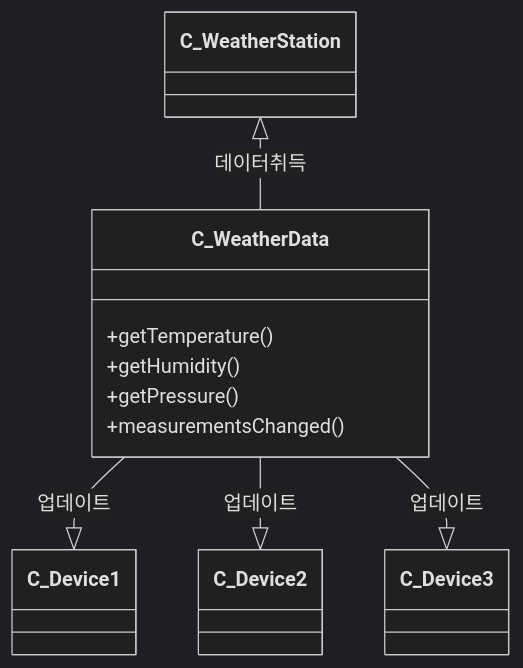
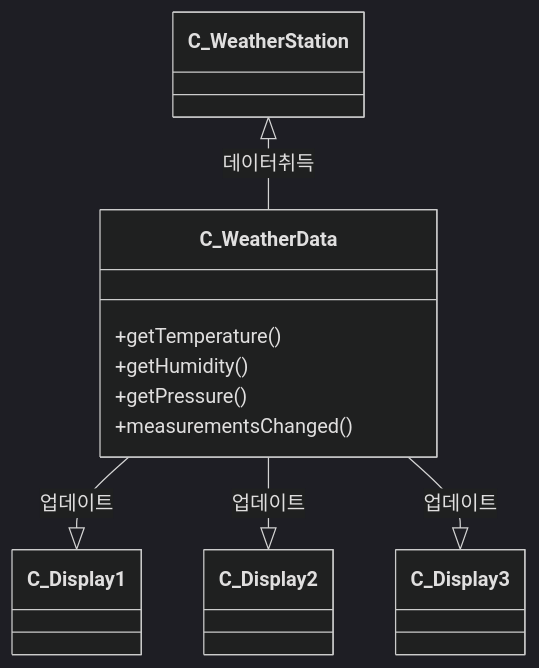
The first of 2 diagrams in src/main/정리/2_ObserverPattern.md (changja88/DesignPattern), drawn with Mermaid (dark theme) before and after one commit. The commit also changed other lines of this file and 12 other files, not shown here.

````diff
--- a/src/main/정리/2_ObserverPattern.md
+++ b/src/main/정리/2_ObserverPattern.md
@@ -4,19 +5,19 @@
 ```mermaid
 classDiagram
 class C_WeatherStation
 class C_WeatherData{
 +getTemperature()
 +getHumidity()
 +getPressure()
 +measurementsChanged()
 }
-class C_Device1
-class C_Device2
-class C_Device3
+class C_Display1
+class C_Display2
+class C_Display3
 
 C_WeatherStation <|-- C_WeatherData : 데이터취득
-C_WeatherData --|> C_Device1 : 업데이트
-C_WeatherData --|> C_Device2 : 업데이트
-C_WeatherData --|> C_Device3 : 업데이트
+C_WeatherData --|> C_Display1 : 업데이트
+C_WeatherData --|> C_Display2 : 업데이트
+C_WeatherData --|> C_Display3 : 업데이트
 
 ```
````
